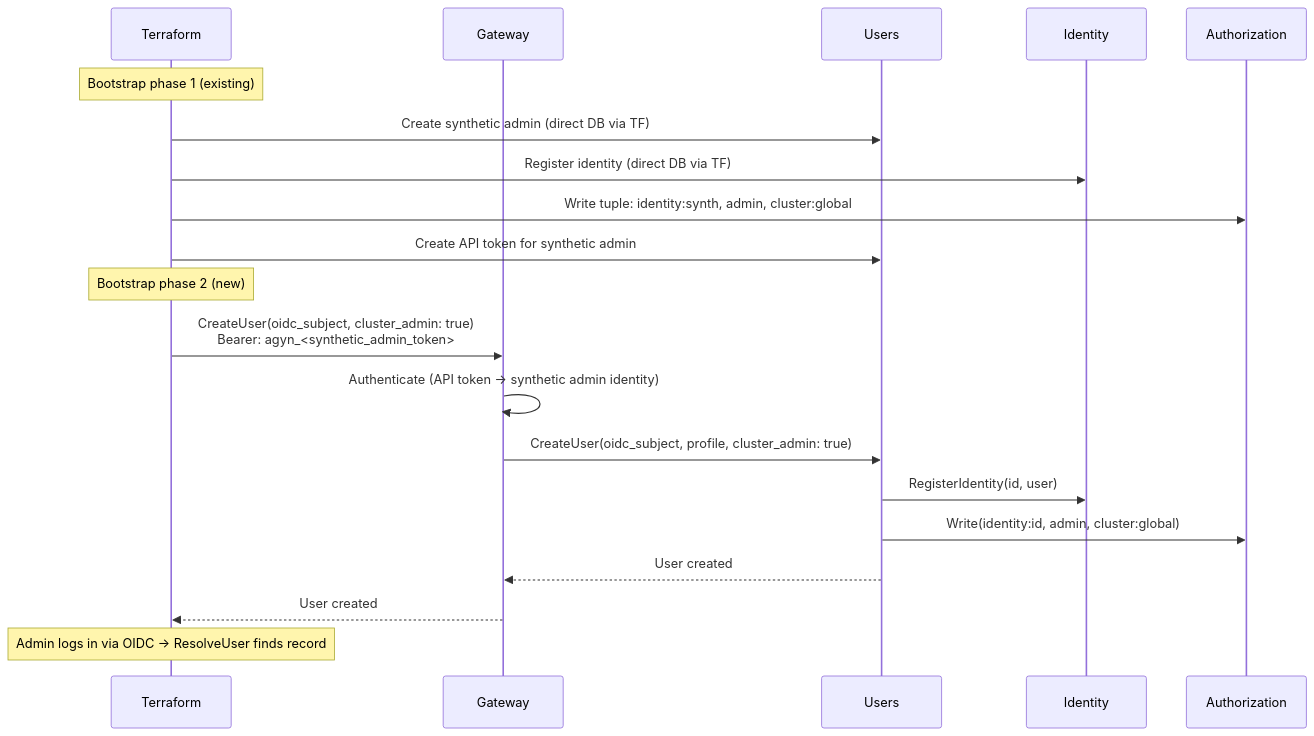
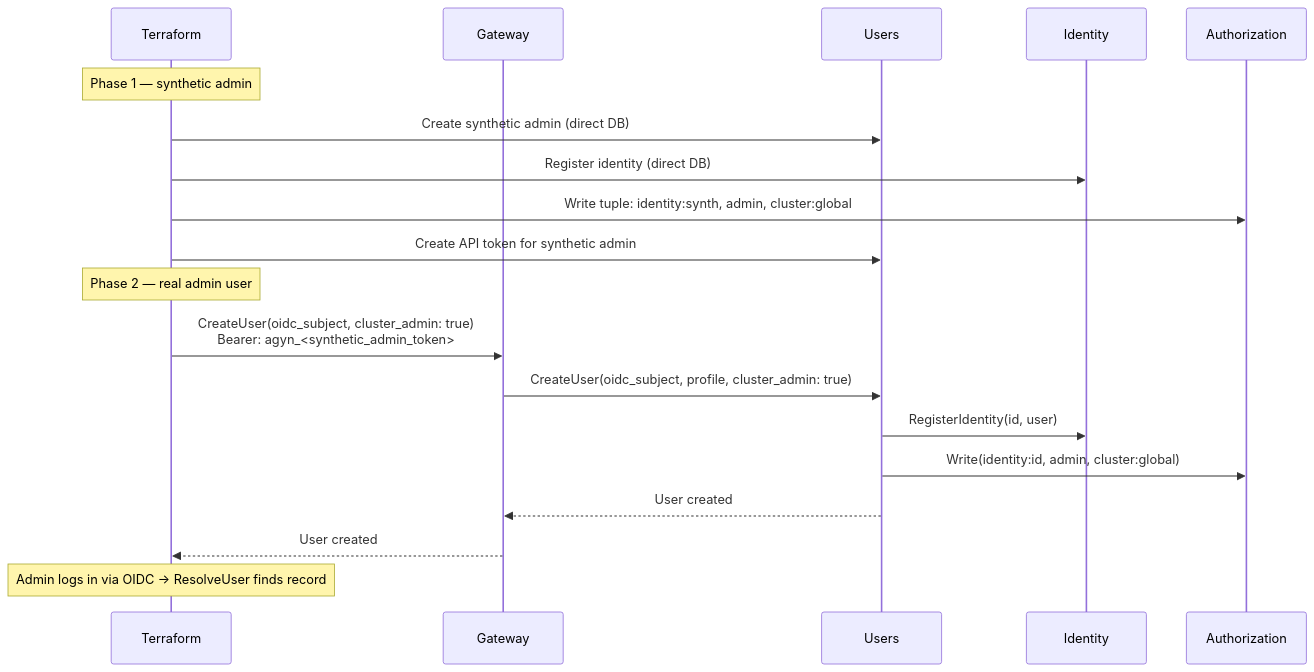
One commit to agynio/architecture changed the second of 2 diagrams in architecture/console.md. Above: the diagram before and after it, drawn with Mermaid. The commit also changed other lines of this file and 1 other file, not shown here.

````diff
--- a/architecture/console.md
+++ b/architecture/console.md
@@ -147,23 +80,22 @@
 ```mermaid
 sequenceDiagram
     participant TF as Terraform
     participant GW as Gateway
     participant US as Users
     participant IS as Identity
     participant Auth as Authorization
 
-    Note over TF: Bootstrap phase 1 (existing)
-    TF->>US: Create synthetic admin (direct DB via TF)
-    TF->>IS: Register identity (direct DB via TF)
+    Note over TF: Phase 1 — synthetic admin
+    TF->>US: Create synthetic admin (direct DB)
+    TF->>IS: Register identity (direct DB)
     TF->>Auth: Write tuple: identity:synth, admin, cluster:global
     TF->>US: Create API token for synthetic admin
-    Note over TF: Bootstrap phase 2 (new)
+    Note over TF: Phase 2 — real admin user
     TF->>GW: CreateUser(oidc_subject, cluster_admin: true)<br/>Bearer: agyn_<synthetic_admin_token>
-    GW->>GW: Authenticate (API token → synthetic admin identity)
     GW->>US: CreateUser(oidc_subject, profile, cluster_admin: true)
     US->>IS: RegisterIdentity(id, user)
     US->>Auth: Write(identity:id, admin, cluster:global)
     US-->>GW: User created
     GW-->>TF: User created
     Note over TF: Admin logs in via OIDC → ResolveUser finds record
 ```
````
